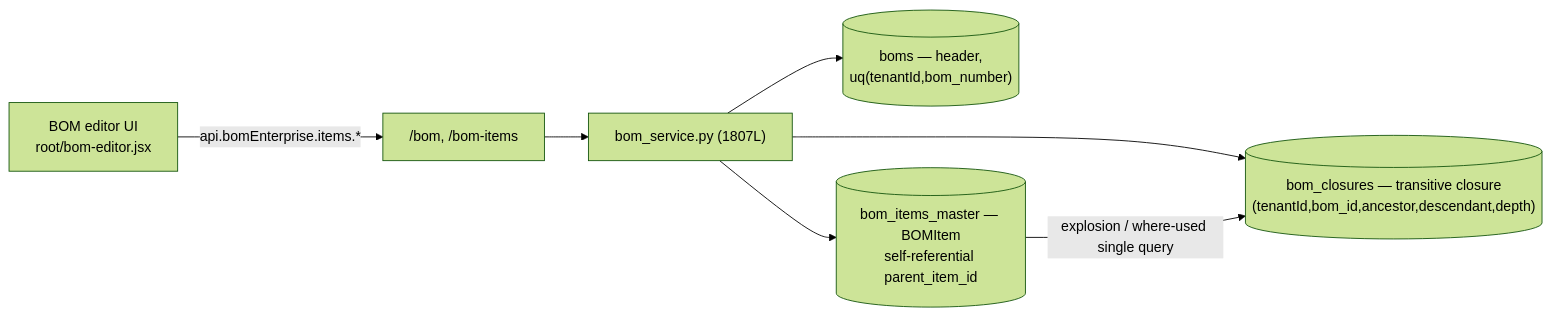
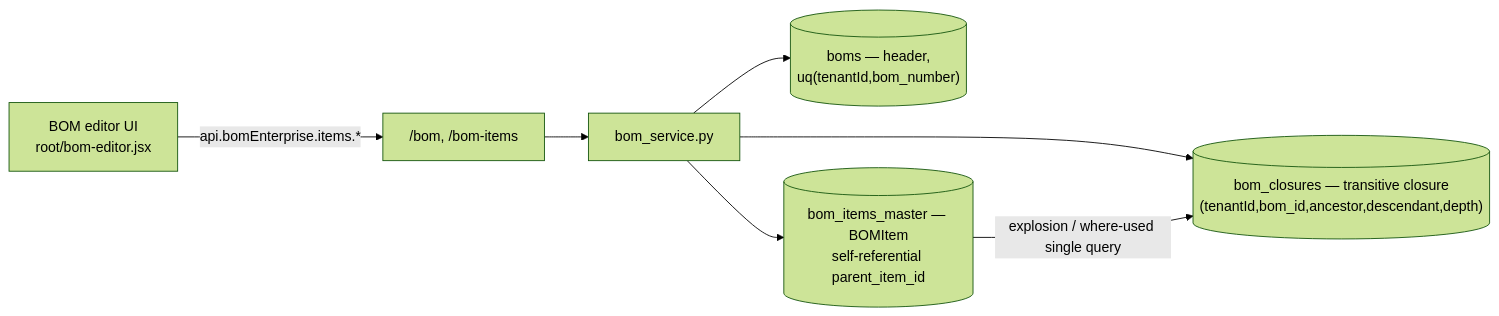
The third of 6 diagrams in PROJECT_FEATURES_DOCUMENTATION.md (Sumanth-Raj14/BBF-BOM), drawn with Mermaid (forest theme) before and after one commit. The commit also changed other lines of this file and 15 other files, not shown here.

````diff
--- a/PROJECT_FEATURES_DOCUMENTATION.md
+++ b/PROJECT_FEATURES_DOCUMENTATION.md
@@ -202,9 +209,9 @@
 ```mermaid
 flowchart LR
     UI["BOM editor UI\nroot/bom-editor.jsx"] -->|api.bomEnterprise.items.*| API["/bom, /bom-items"]
-    API --> SVC["bom_service.py (1807L)"]
+    API --> SVC["bom_service.py"]
     SVC --> BOMS[("boms — header,\nuq(tenantId,bom_number)")]
     SVC --> ITEMS[("bom_items_master — BOMItem\nself-referential parent_item_id")]
     SVC --> CLOSURE[("bom_closures — transitive closure\n(tenantId,bom_id,ancestor,descendant,depth)")]
     ITEMS -->|explosion / where-used single query| CLOSURE
 ```
````
